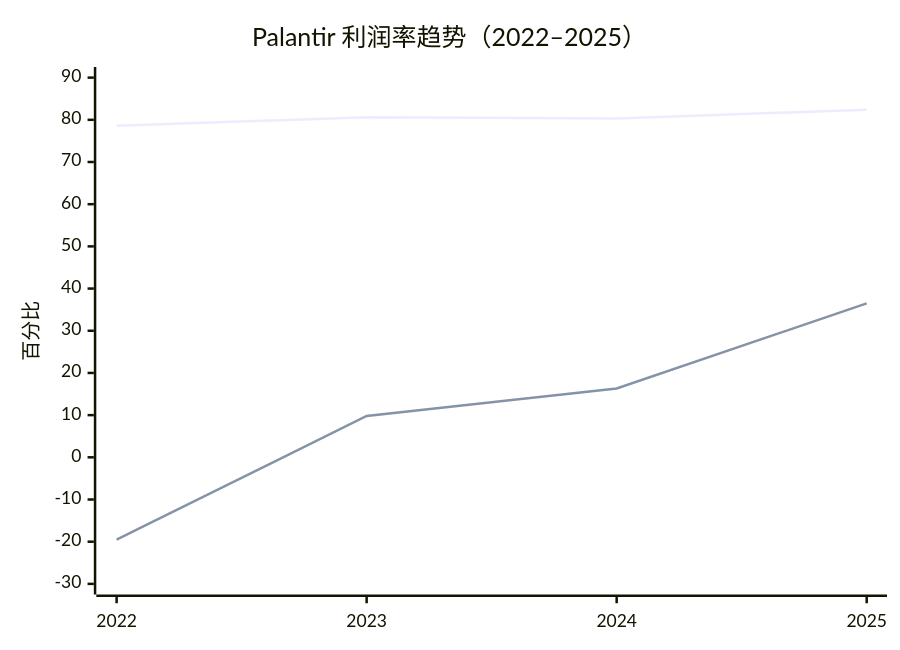
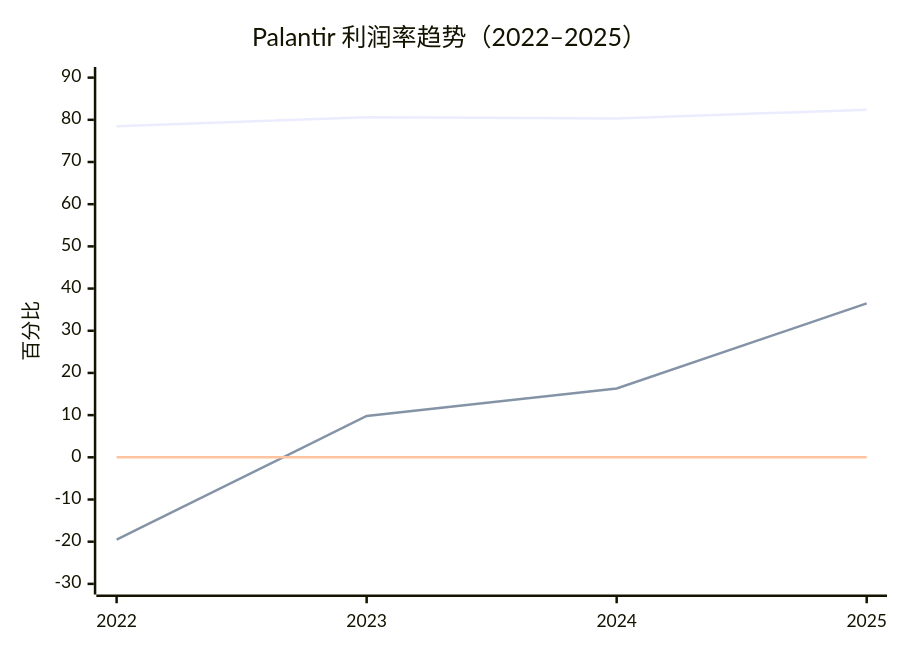
The fourth of 4 diagrams in textbook/第02章_为什么需要FDE.md (cloudzun/fde-102), drawn with Mermaid before and after one commit. The commit also changed other lines of this file and 420 other files, not shown here.

````diff
--- a/textbook/第02章_为什么需要FDE.md
+++ b/textbook/第02章_为什么需要FDE.md
@@ -236,8 +238,9 @@
 ```mermaid
 xychart-beta
     title "Palantir 利润率趋势（2022–2025）"
     x-axis ["2022", "2023", "2024", "2025"]
     y-axis "百分比" -30 --> 90
-    line [78.6, 80.6, 80.3, 82.4]
+    line [78.5, 80.6, 80.3, 82.4]
     line [-19.5, 9.8, 16.3, 36.5]
+    line [0, 0, 0, 0]
 ```
````
